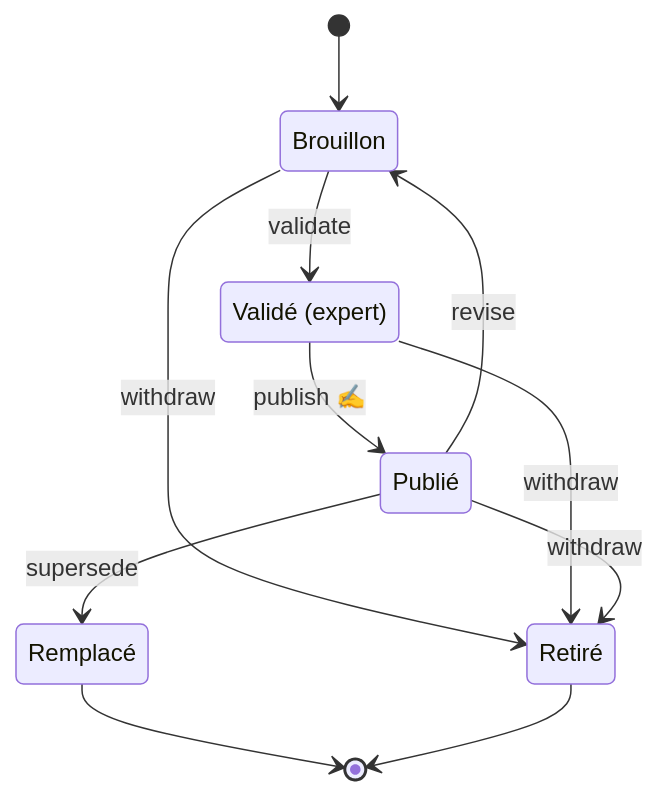
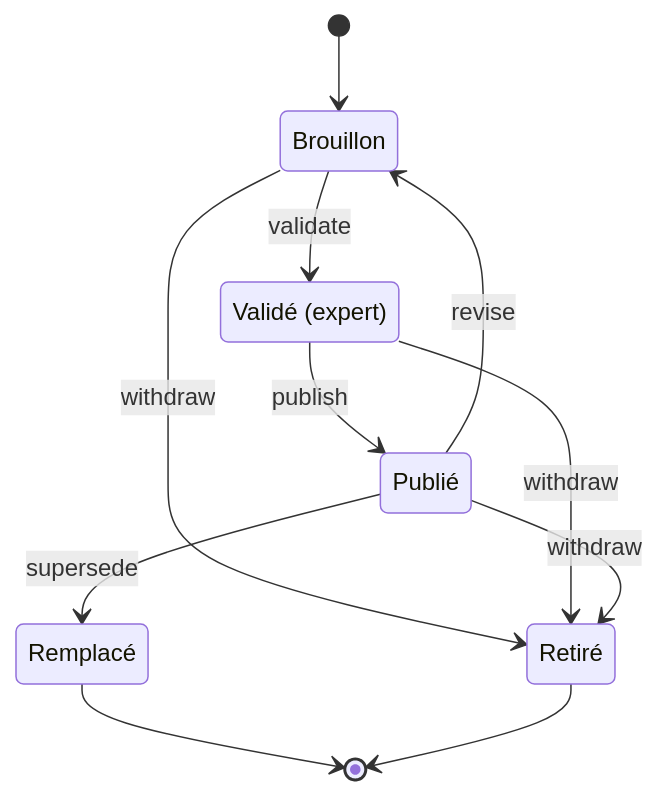
One commit to PapSee1/ALM_Datamodel changed the third of 27 diagrams in docs/generated/A4_workflows.md. Above: the diagram before and after it, drawn with Mermaid. The commit also changed other lines of this file and 273 other files, not shown here.

````diff
--- a/docs/generated/A4_workflows.md
+++ b/docs/generated/A4_workflows.md
@@ -121,18 +125,18 @@
 ```mermaid
 stateDiagram-v2
     [*] --> draft
     draft : Brouillon
     validated : Validé (expert)
     published : Publié
     superseded : Remplacé
     withdrawn : Retiré
     draft --> validated : validate
-    validated --> published : publish ✍
+    validated --> published : publish
     published --> draft : revise
     published --> superseded : supersede
     draft --> withdrawn : withdraw
     validated --> withdrawn : withdraw
     published --> withdrawn : withdraw
     superseded --> [*]
     withdrawn --> [*]
 ```
````
